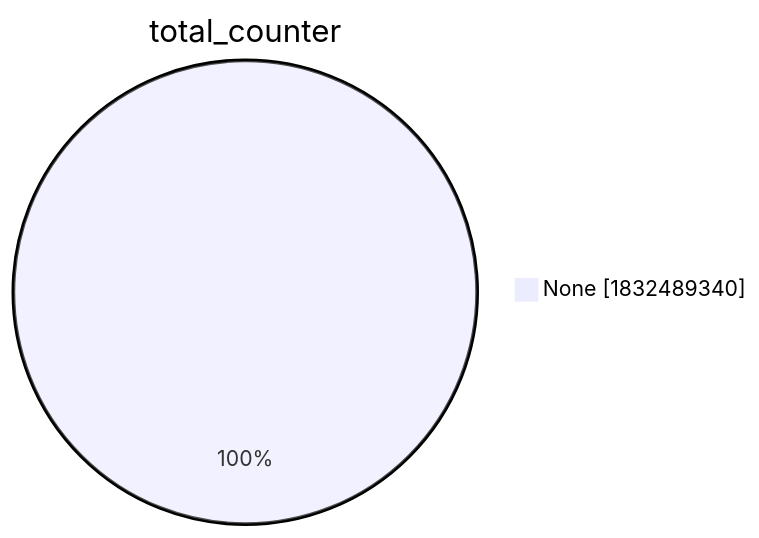
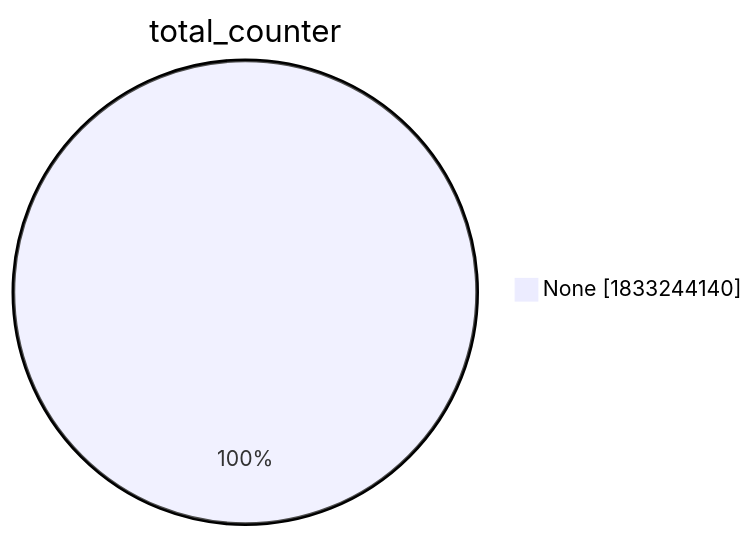
Before and after one commit to christiankrug/ctmonitor_visualization: the second of 15 diagrams in xenon2022/README.md, drawn with Mermaid. The commit also changed other lines of this file, not shown here.

````diff
--- a/xenon2022/README.md
+++ b/xenon2022/README.md
@@ -9,5 +9,5 @@
 ```mermaid
 pie showData
 title total_counter
-"None" :1832489340
+"None" :1833244140
 ```
````
